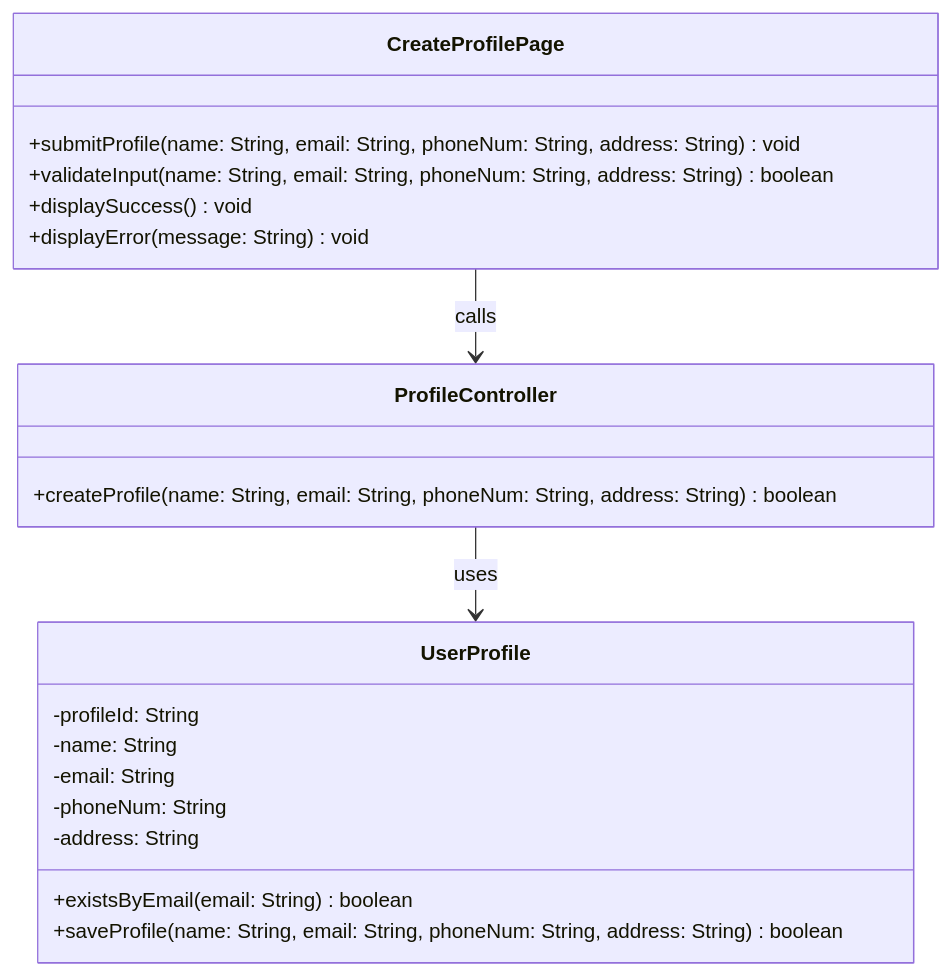
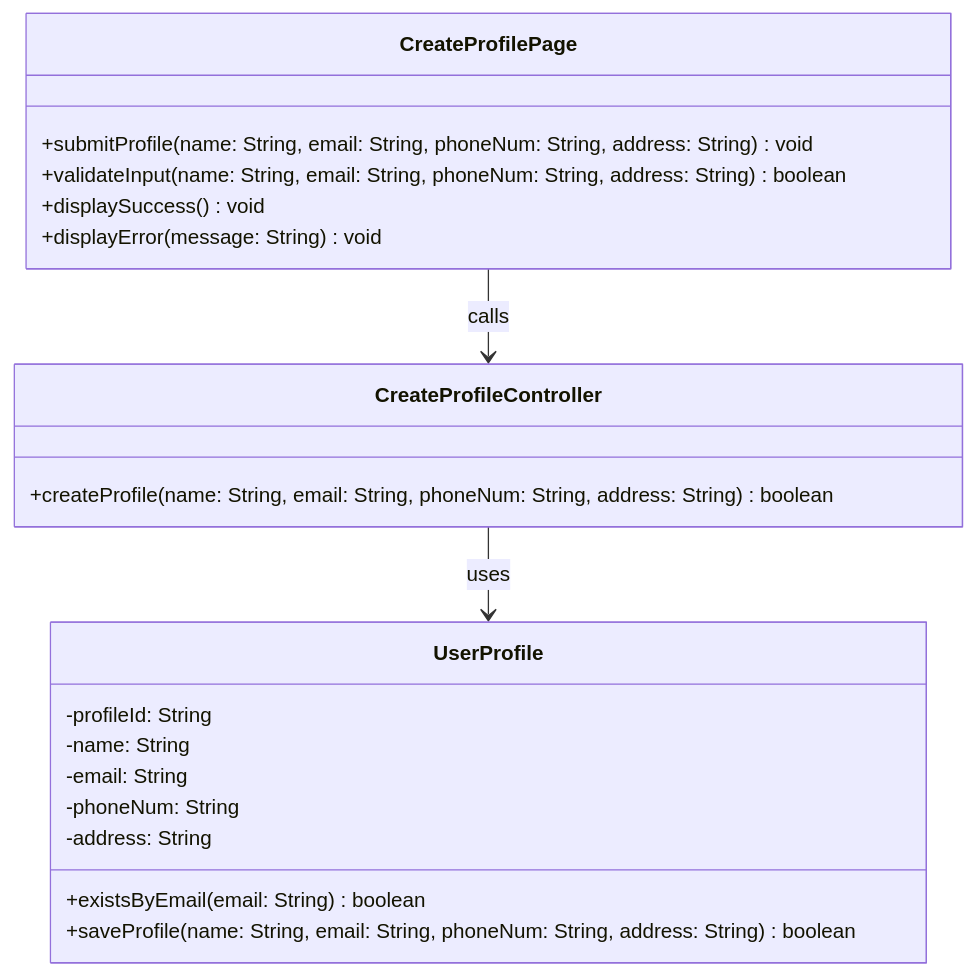
The diagram in docs/profile/class-diagram.md (JSL124/SDM-project), drawn with Mermaid before and after one commit. The commit also changed other lines of this file and 17 other files, not shown here.

````diff
--- a/docs/profile/class-diagram.md
+++ b/docs/profile/class-diagram.md
@@ -3,26 +3,26 @@
 ```mermaid
 classDiagram
     class CreateProfilePage {
         +submitProfile(name: String, email: String, phoneNum: String, address: String) void
         +validateInput(name: String, email: String, phoneNum: String, address: String) boolean
         +displaySuccess() void
         +displayError(message: String) void
     }
 
-    class ProfileController {
+    class CreateProfileController {
         +createProfile(name: String, email: String, phoneNum: String, address: String) boolean
     }
 
     class UserProfile {
         -profileId: String
         -name: String
         -email: String
         -phoneNum: String
         -address: String
         +existsByEmail(email: String) boolean
         +saveProfile(name: String, email: String, phoneNum: String, address: String) boolean
     }
 
-    CreateProfilePage --> ProfileController : calls
-    ProfileController --> UserProfile : uses
+    CreateProfilePage --> CreateProfileController : calls
+    CreateProfileController --> UserProfile : uses
 ```
````
